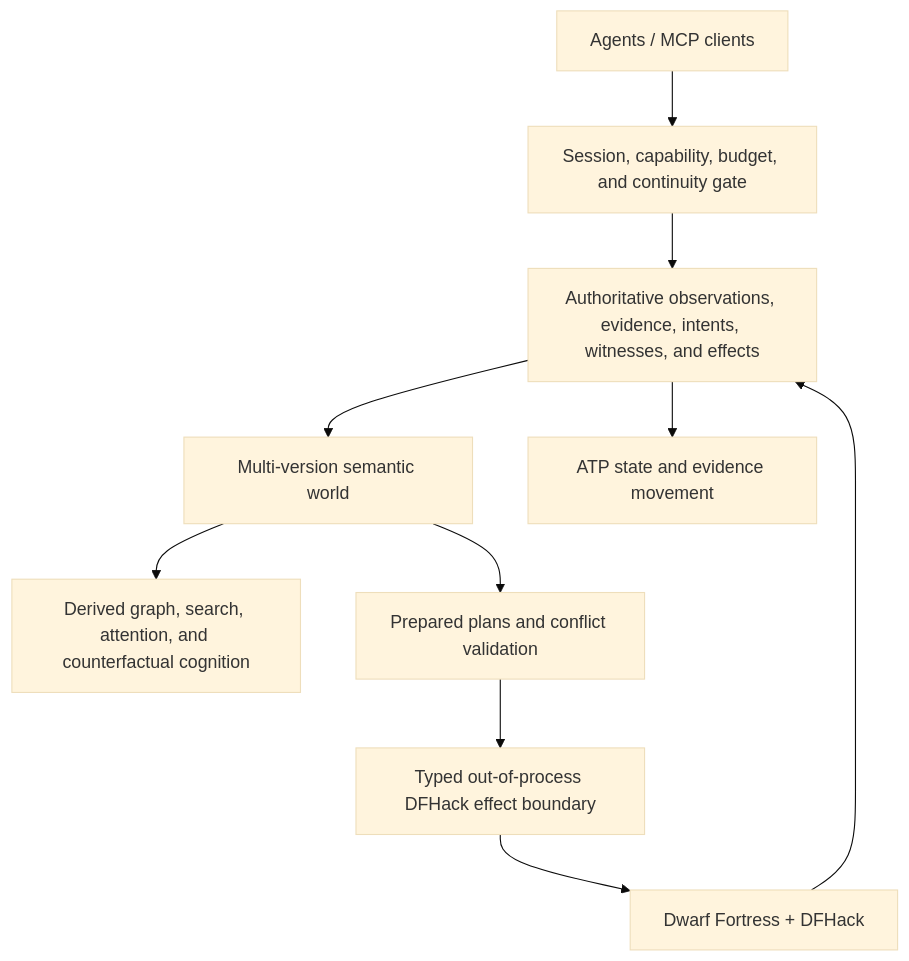
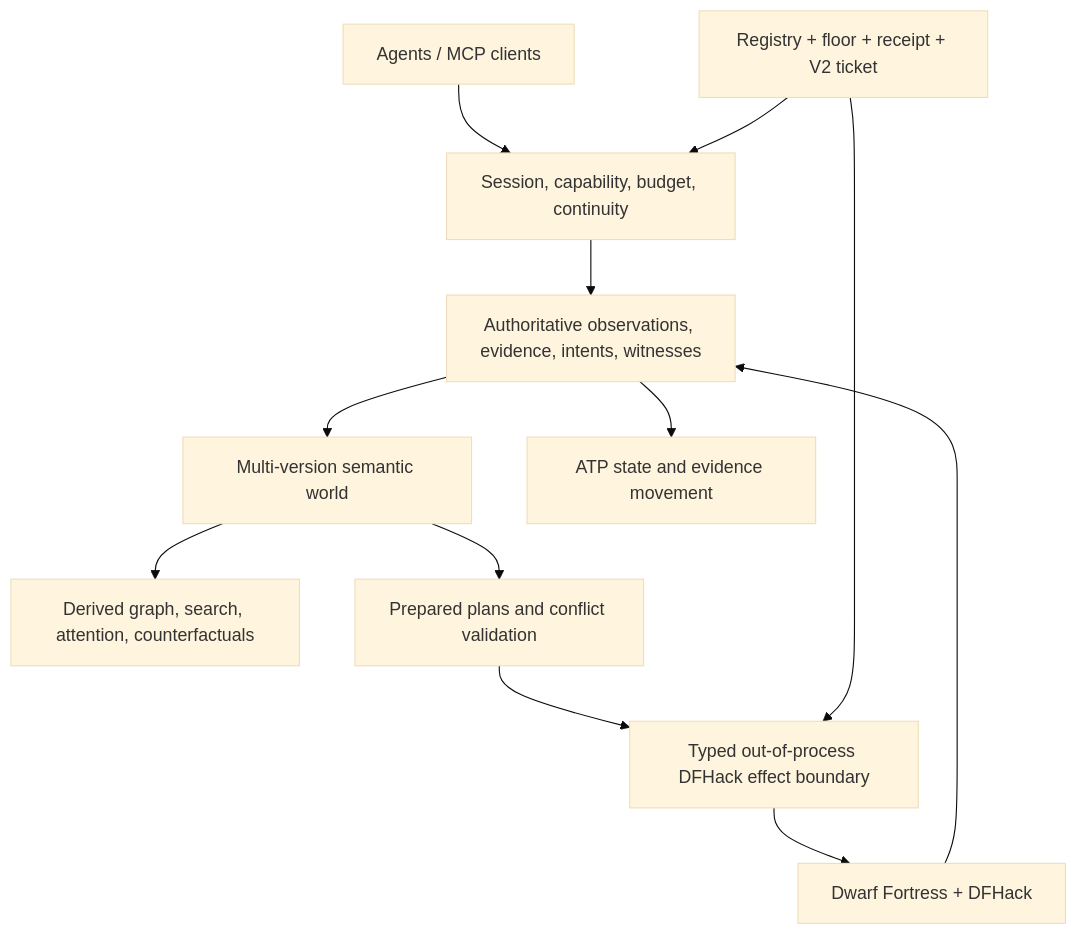
The diagram in README.md (Dicklesworthstone/dwarf_fortress_mcp), drawn with Mermaid (base theme) before and after one commit. The commit also changed other lines of this file, not shown here.

````diff
--- a/README.md
+++ b/README.md
@@ -206,12 +286,14 @@
 ```mermaid
 flowchart TB
-    A[Agents / MCP clients] --> B[Session, capability, budget, and continuity gate]
-    B --> C[Authoritative observations, evidence, intents, witnesses, and effects]
+    A[Agents / MCP clients] --> B[Session, capability, budget, continuity]
+    B --> C[Authoritative observations, evidence, intents, witnesses]
     C --> D[Multi-version semantic world]
-    D --> E[Derived graph, search, attention, and counterfactual cognition]
+    D --> E[Derived graph, search, attention, counterfactuals]
     D --> F[Prepared plans and conflict validation]
     F --> G[Typed out-of-process DFHack effect boundary]
     G --> H[Dwarf Fortress + DFHack]
     H --> C
     C --> I[ATP state and evidence movement]
+    J[Registry + floor + receipt + V2 ticket] --> B
+    J --> G
 ```
````
